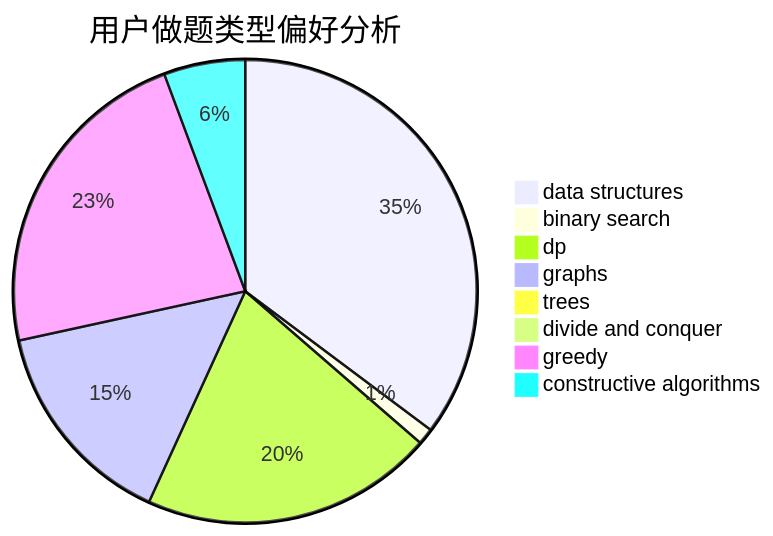
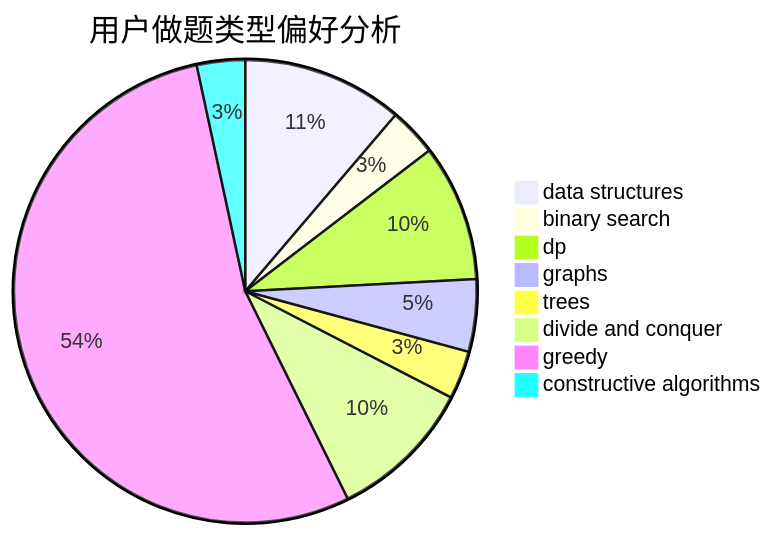
The second of 3 diagrams in docs/user/u947.md (sherpahu/cfrs.github.io), drawn with Mermaid before and after one commit. The commit also changed other lines of this file and 2770 other files, not shown here.

````diff
--- a/docs/user/u947.md
+++ b/docs/user/u947.md
@@ -23,11 +23,11 @@
 ```mermaid
 pie title 用户做题类型偏好分析
-    "data structures" :  31
-    "binary search" :  1
-    "dp" :  18
-    "graphs" :  13
-    "trees" :  0
-    "divide and conquer" :  0
-    "greedy" :  20
-    "constructive algorithms" :  5
+    "data structures" :  20
+    "binary search" :  6
+    "dp" :  17
+    "graphs" :  9
+    "trees" :  6
+    "divide and conquer" :  18
+    "greedy" :  96
+    "constructive algorithms" :  6
 ```
````
